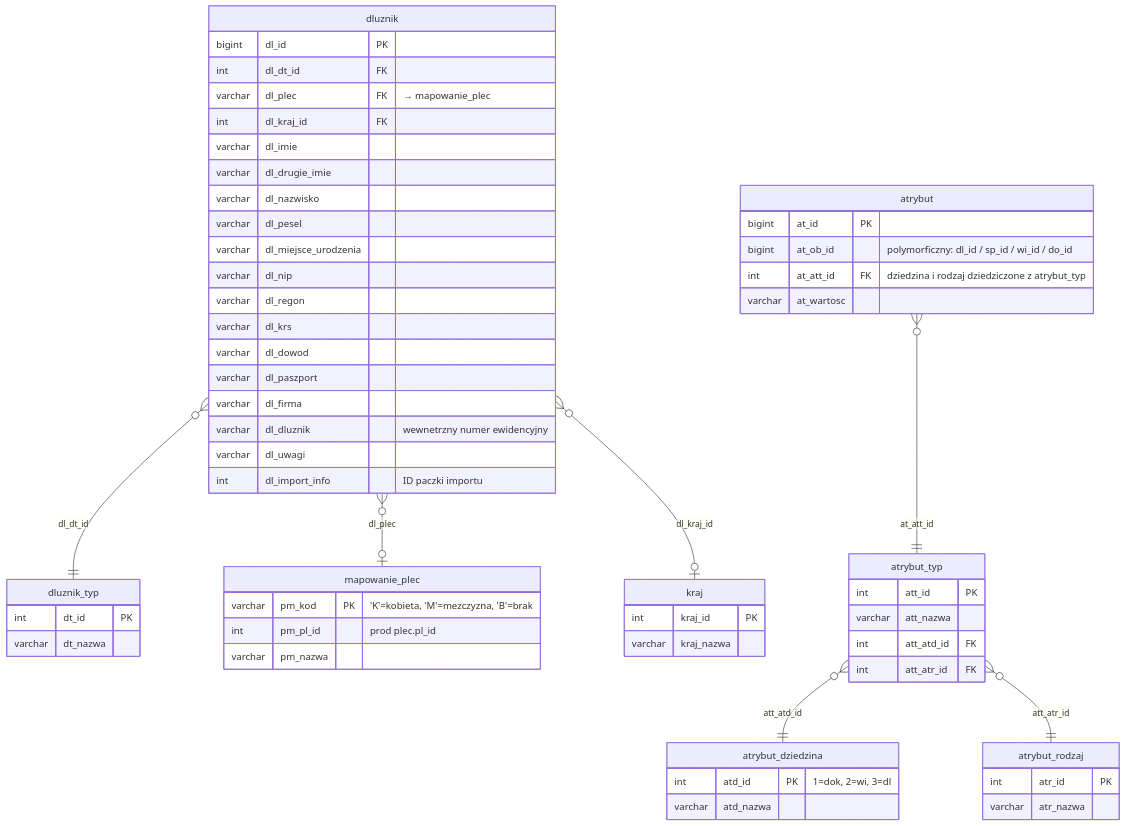
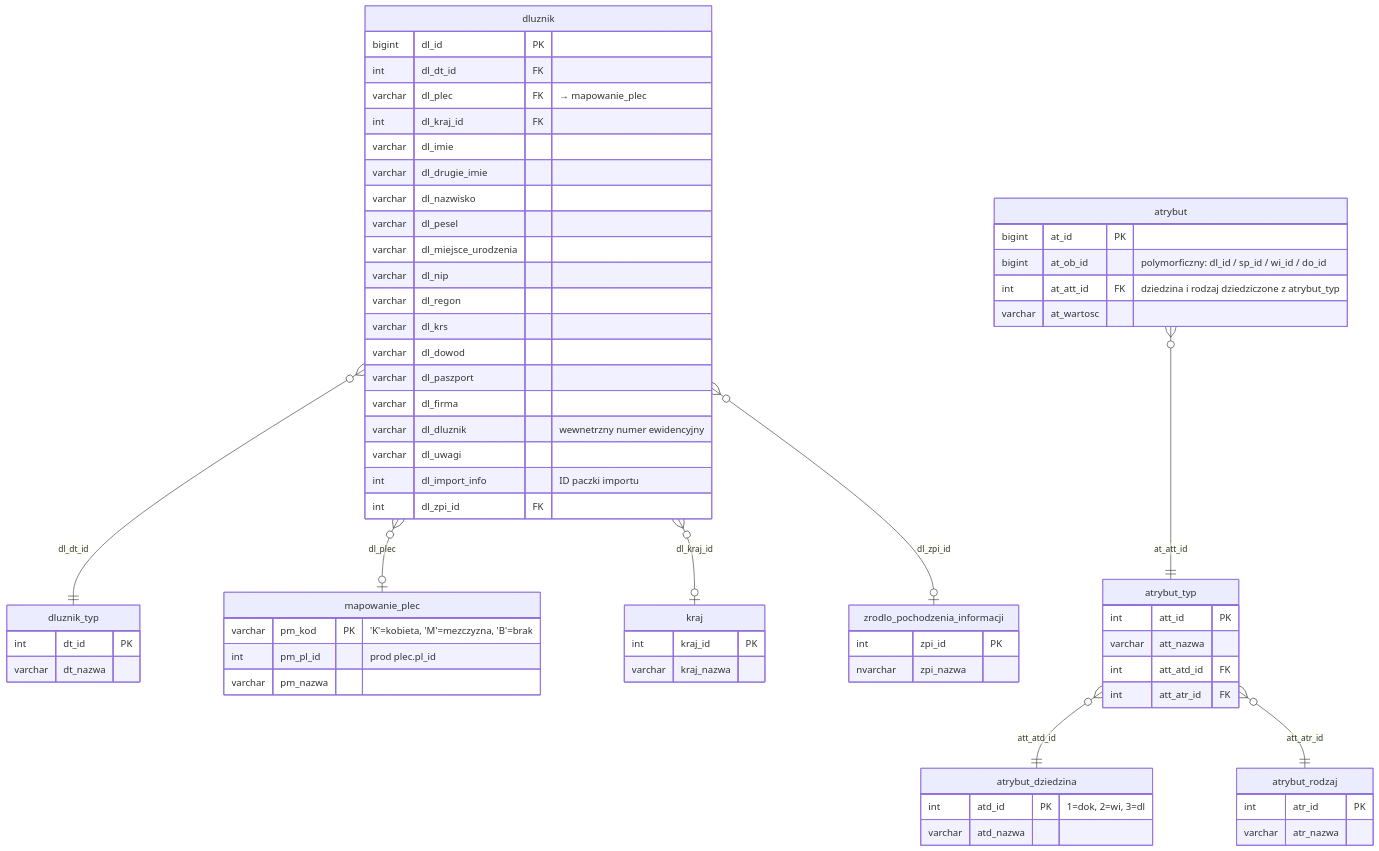
Before and after one commit to oskar-bialek-bakk/intrum-migration-docs: the diagram in docs/struktura-stagingu/dluznicy.md, drawn with Mermaid. The commit also changed other lines of this file and 7 other files, not shown here.

````diff
--- a/docs/struktura-stagingu/dluznicy.md
+++ b/docs/struktura-stagingu/dluznicy.md
@@ -26,70 +26,77 @@
 ```mermaid
 erDiagram
     dluznik_typ {
         int     dt_id    PK
         varchar dt_nazwa
     }
 
     mapowanie_plec {
         varchar pm_kod    PK  "'K'=kobieta, 'M'=mezczyzna, 'B'=brak"
         int     pm_pl_id      "prod plec.pl_id"
         varchar pm_nazwa
     }
 
     dluznik {
         bigint  dl_id                PK
         int     dl_dt_id             FK
         varchar dl_plec              FK  "→ mapowanie_plec"
         int     dl_kraj_id           FK
         varchar dl_imie
         varchar dl_drugie_imie
         varchar dl_nazwisko
         varchar dl_pesel
         varchar dl_miejsce_urodzenia
         varchar dl_nip
         varchar dl_regon
         varchar dl_krs
         varchar dl_dowod
         varchar dl_paszport
         varchar dl_firma
         varchar dl_dluznik           "wewnetrzny numer ewidencyjny"
         varchar dl_uwagi
         int     dl_import_info       "ID paczki importu"
+        int     dl_zpi_id            FK
     }
 
     kraj {
         int     kraj_id    PK
         varchar kraj_nazwa
+    }
+
+    zrodlo_pochodzenia_informacji {
+        int      zpi_id    PK
+        nvarchar zpi_nazwa
     }
 
     atrybut_dziedzina {
         int     atd_id    PK   "1=dok, 2=wi, 3=dl"
         varchar atd_nazwa
     }
 
     atrybut_rodzaj {
         int     atr_id    PK
         varchar atr_nazwa
     }
 
     atrybut_typ {
         int     att_id     PK
         varchar att_nazwa
         int     att_atd_id FK
         int     att_atr_id FK
     }
 
     atrybut {
         bigint  at_id     PK
         bigint  at_ob_id       "polymorficzny: dl_id / sp_id / wi_id / do_id"
         int     at_att_id FK   "dziedzina i rodzaj dziedziczone z atrybut_typ"
         varchar at_wartosc
     }
 
     dluznik     }o--||  dluznik_typ       : "dl_dt_id"
     dluznik     }o--o|  mapowanie_plec    : "dl_plec"
     dluznik     }o--o|  kraj              : "dl_kraj_id"
+    dluznik     }o--o|  zrodlo_pochodzenia_informacji : "dl_zpi_id"
     atrybut     }o--||  atrybut_typ       : "at_att_id"
     atrybut_typ }o--||  atrybut_dziedzina : "att_atd_id"
     atrybut_typ }o--||  atrybut_rodzaj    : "att_atr_id"
 ```
````
